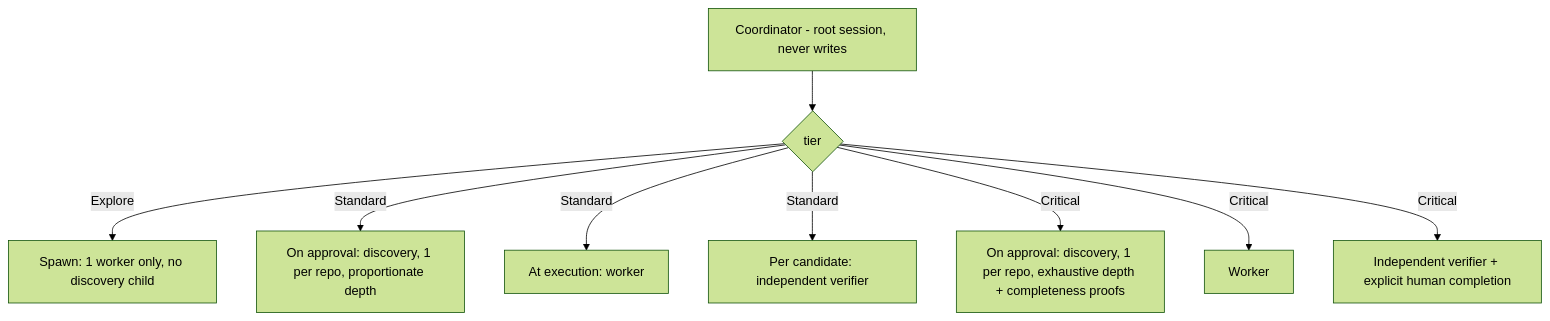
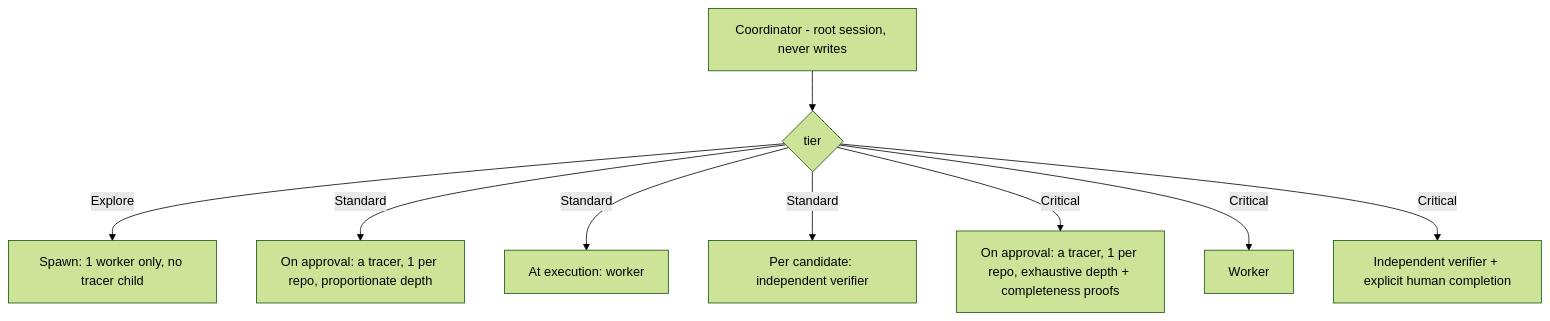
One commit to kaotypr/context-circuit-source changed the third of 7 diagrams in sources/context-circuit-v1.0/diagrams.md. Above: the diagram before and after it, drawn with Mermaid (forest theme). The commit also changed other lines of this file and 24 other files, not shown here.

First line of the commit message:
docs(sources): reframe v1.0 study around feasibility, rename discovery to tracer

````diff
--- a/sources/context-circuit-v1.0/diagrams.md
+++ b/sources/context-circuit-v1.0/diagrams.md
@@ -85,11 +84,11 @@
 ```mermaid
 flowchart TD
     CO[Coordinator - root session, never writes] --> T{tier}
-    T -->|Explore| E1[Spawn: 1 worker only, no discovery child]
-    T -->|Standard| S1[On approval: discovery, 1 per repo, proportionate depth]
+    T -->|Explore| E1[Spawn: 1 worker only, no tracer child]
+    T -->|Standard| S1[On approval: a tracer, 1 per repo, proportionate depth]
     T -->|Standard| S2[At execution: worker]
     T -->|Standard| S3[Per candidate: independent verifier]
-    T -->|Critical| C1[On approval: discovery, 1 per repo, exhaustive depth + completeness proofs]
+    T -->|Critical| C1[On approval: a tracer, 1 per repo, exhaustive depth + completeness proofs]
     T -->|Critical| C2[Worker]
     T -->|Critical| C3[Independent verifier + explicit human completion]
 ```
````
